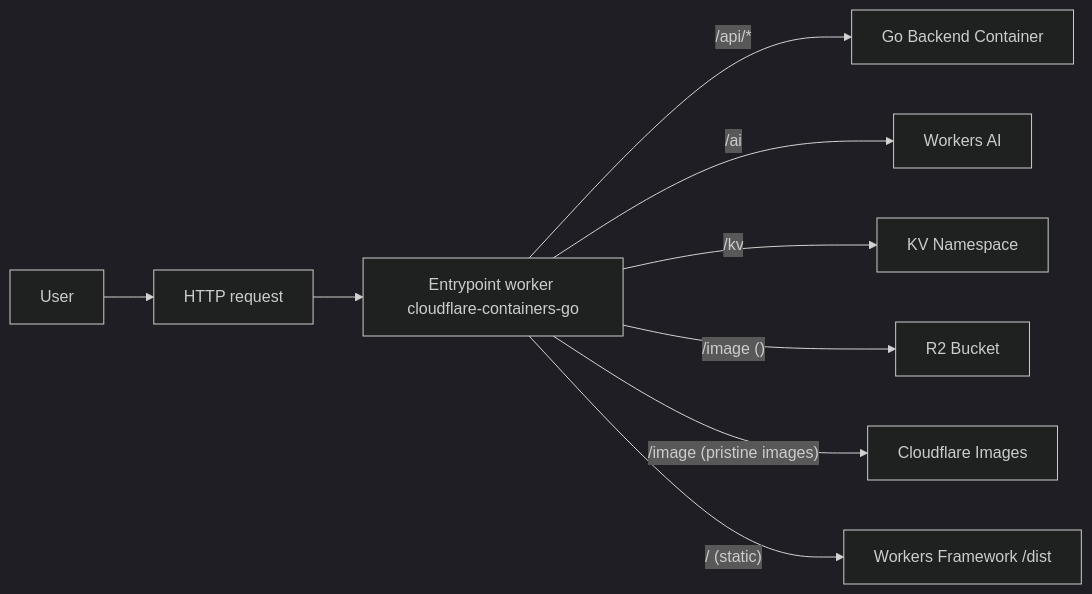
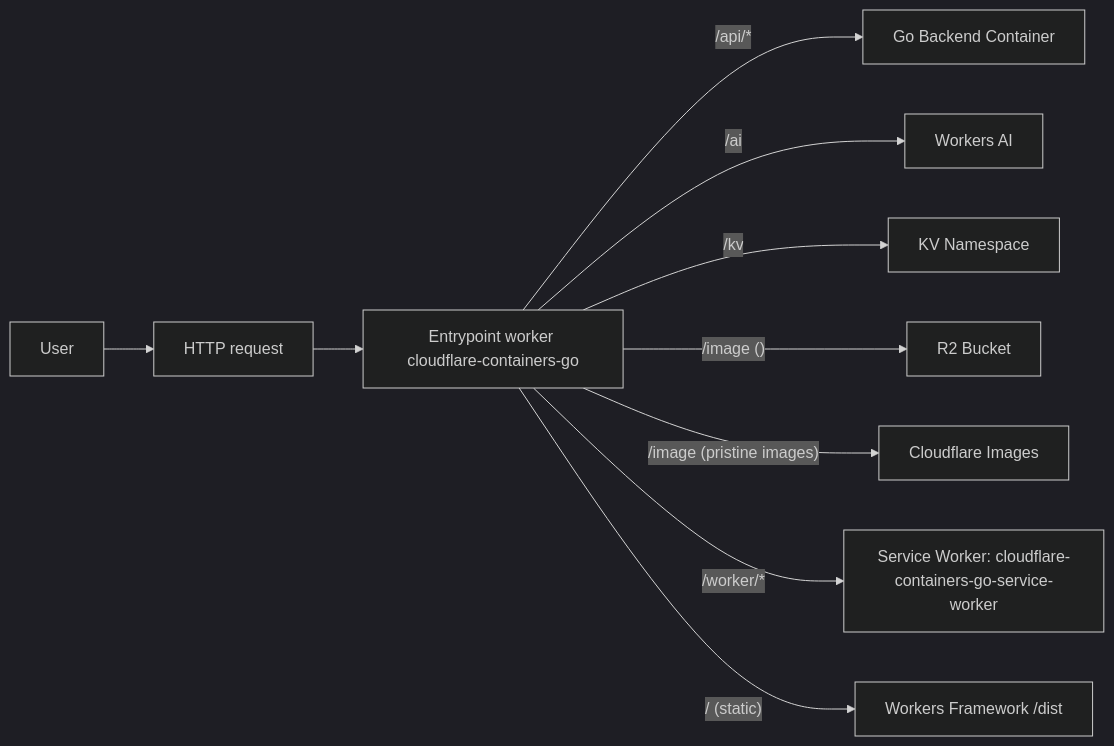
The diagram in README.md (iamask/cloudflare-containers-go), drawn with Mermaid (dark theme) before and after one commit. The commit also changed other lines of this file and 3 other files, not shown here.

````diff
--- a/README.md
+++ b/README.md
@@ -26,10 +27,11 @@
 ```mermaid
 graph LR;
     USER["User"] --> HTTP["HTTP request"] --> A["Entrypoint worker cloudflare-containers-go"]
     A -- "/api/*" --> BACKEND["Go Backend Container"]
     A -- "/ai" --> AI["Workers AI"]
     A -- "/kv" --> KV["KV Namespace"]
     A -- "/image ()" --> R2["R2 Bucket"]
     A -- "/image (pristine images)" --> IMAGES["Cloudflare Images"]
+    A -- "/worker/*" --> SERVICE["Service Worker: cloudflare-containers-go-service-worker"]
     A -- "/ (static)" --> STATIC["Workers Framework /dist"]
 ```
````
